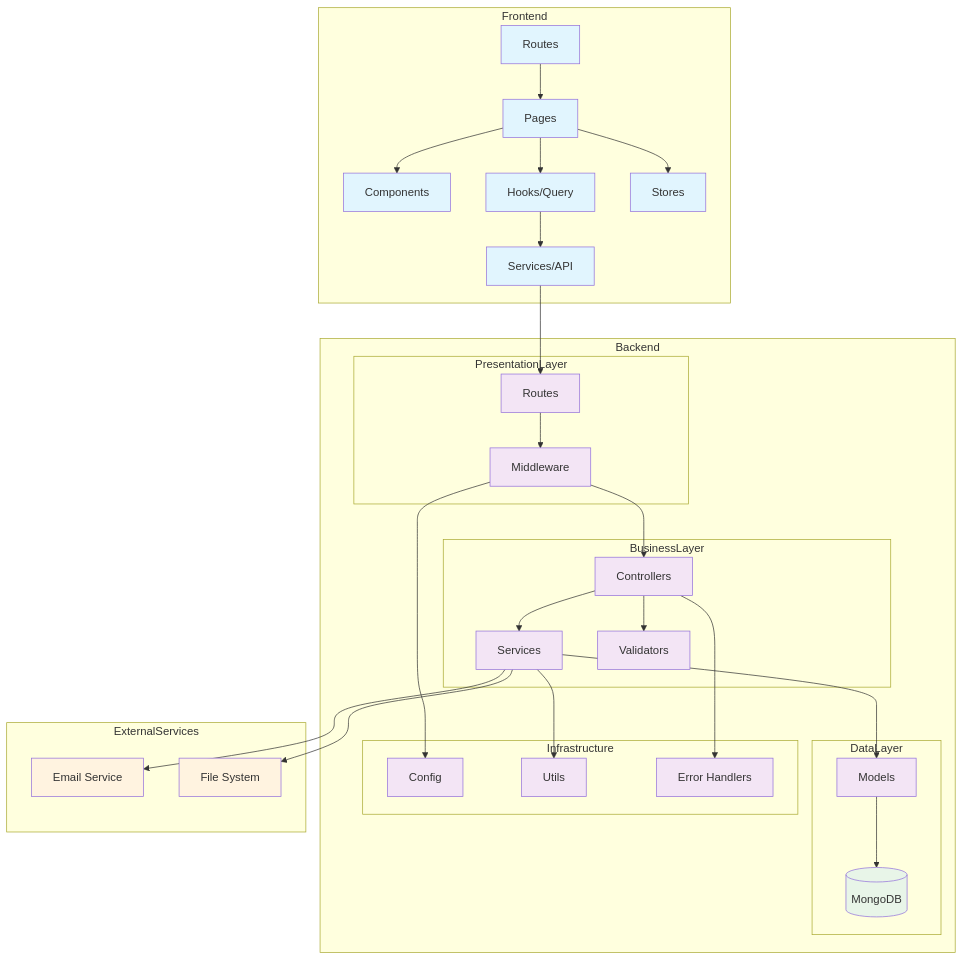
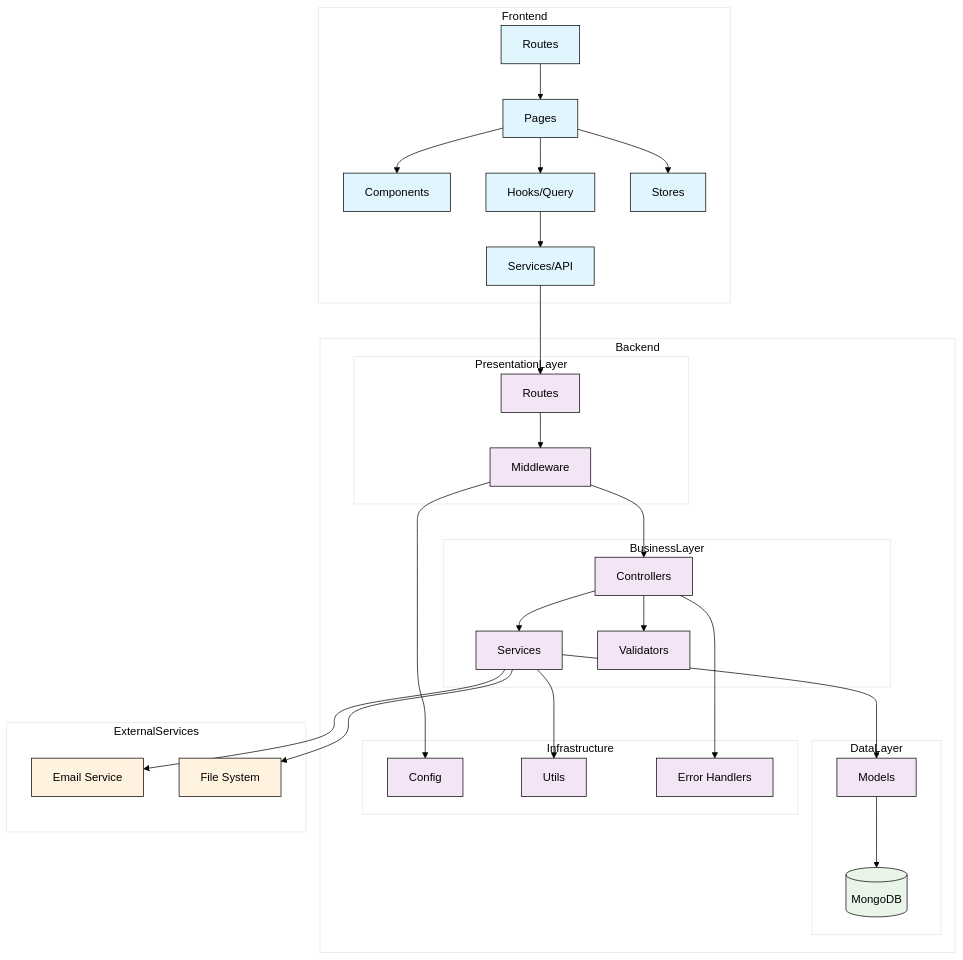
Before and after one commit to RaviHector/biblioteca-digital: the third of 3 diagrams in DIAGRAMAS_UML.md, drawn with Mermaid.

````diff
--- a/DIAGRAMAS_UML.md
+++ b/DIAGRAMAS_UML.md
@@ -239,77 +239,78 @@
 ```mermaid
+%%{init: {'theme':'base', 'themeVariables': {'background': '#ffffff', 'primaryColor': '#ffffff', 'primaryTextColor': '#000000', 'primaryBorderColor': '#000000', 'lineColor': '#000000', 'secondaryColor': '#ffffff', 'tertiaryColor': '#ffffff'}}}%%
 flowchart TD
     subgraph "Frontend"
         FP[Pages]
         FC[Components]
         FH[Hooks/Query]
         FS[Services/API]
         FST[Stores]
         FR[Routes]
 
         FP --> FC
         FP --> FH
         FH --> FS
         FP --> FST
         FR --> FP
     end
 
     subgraph "Backend"
         subgraph "PresentationLayer"
             R[Routes]
             MW[Middleware]
         end
 
         subgraph "BusinessLayer"
             CT[Controllers]
             SV[Services]
             VAL[Validators]
         end
 
         subgraph "DataLayer"
             M[Models]
             DB[(MongoDB)]
         end
 
         subgraph "Infrastructure"
             CFG[Config]
             UT[Utils]
             ERR[Error Handlers]
         end
     end
 
     subgraph "ExternalServices"
         EMAIL[Email Service]
         FS_STORAGE[File System]
     end
 
     %% Frontend to Backend
     FS --> R
 
     %% Backend Flow
     R --> MW
     MW --> CT
     CT --> VAL
     CT --> SV
     SV --> M
     M --> DB
 
     %% Infrastructure connections
     CT --> ERR
     SV --> UT
     MW --> CFG
 
     %% External connections
     SV --> EMAIL
     SV --> FS_STORAGE
 
     %% Styling
     classDef frontend fill:#e1f5fe
     classDef backend fill:#f3e5f5
     classDef database fill:#e8f5e8
     classDef external fill:#fff3e0
 
     class FP,FC,FH,FS,FST,FR frontend
     class R,MW,CT,SV,VAL,M,CFG,UT,ERR backend
     class DB database
     class EMAIL,FS_STORAGE external
 ```
````
